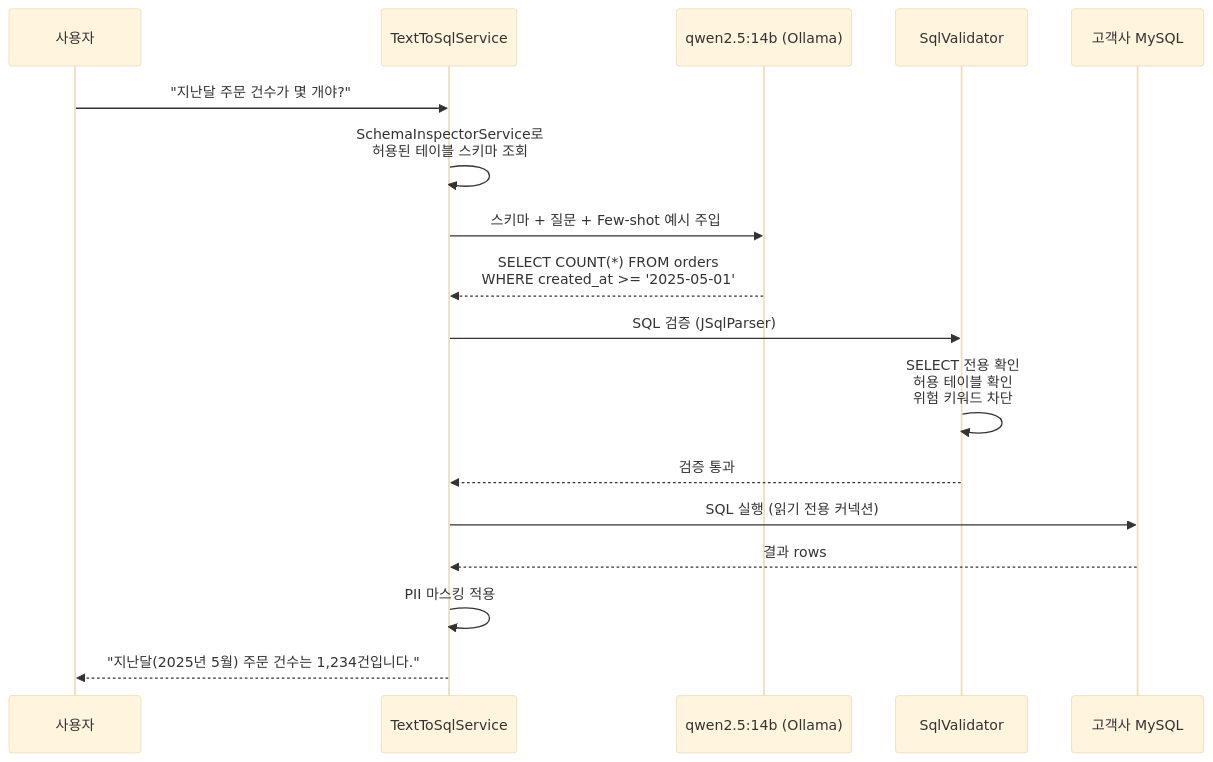
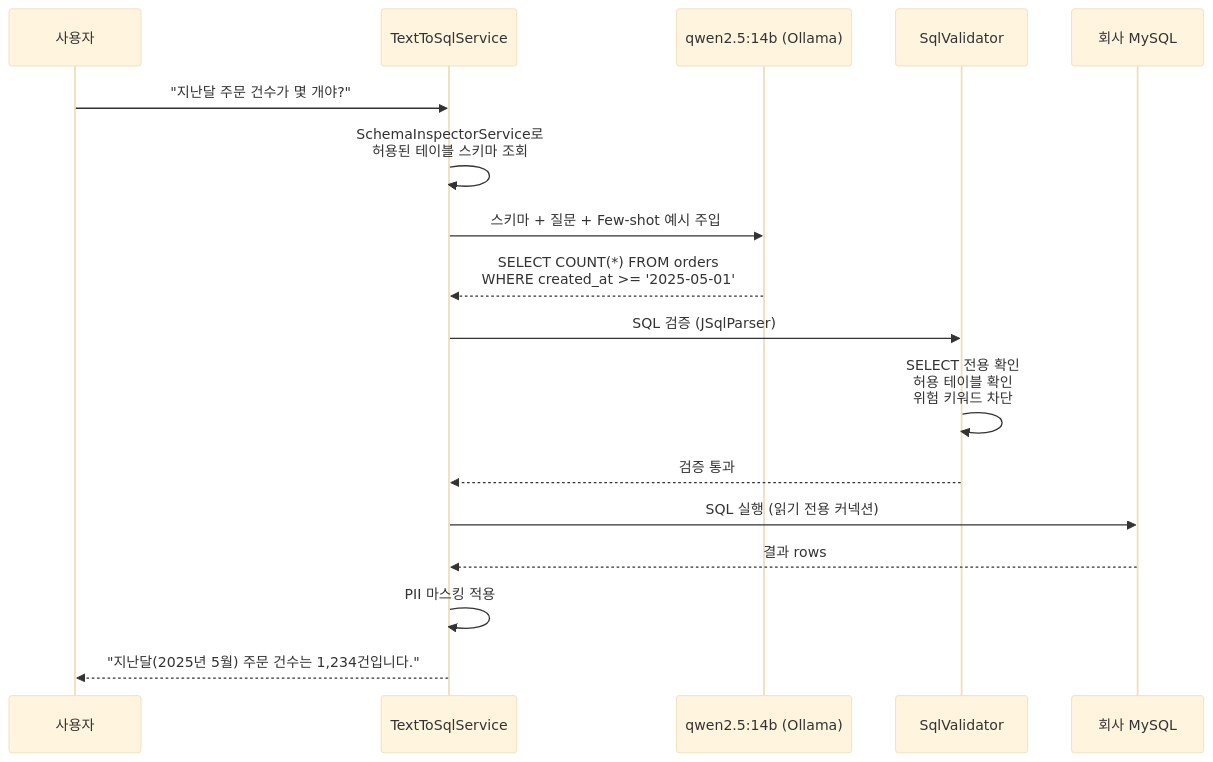
One commit to nittre/ragvault changed the fifth of 9 diagrams in README.md. Above: the diagram before and after it, drawn with Mermaid (base theme). The commit also changed other lines of this file and 32 other files, not shown here.

````diff
--- a/README.md
+++ b/README.md
@@ -260,20 +240,20 @@
 ```mermaid
 sequenceDiagram
     participant U as 사용자
     participant T as TextToSqlService
     participant L as qwen2.5:14b (Ollama)
     participant V as SqlValidator
-    participant DB as 고객사 MySQL
+    participant DB as 회사 MySQL
 
     U->>T: "지난달 주문 건수가 몇 개야?"
     T->>T: SchemaInspectorService로<br/>허용된 테이블 스키마 조회
     T->>L: 스키마 + 질문 + Few-shot 예시 주입
     L-->>T: SELECT COUNT(*) FROM orders<br/>WHERE created_at >= '2025-05-01'
     T->>V: SQL 검증 (JSqlParser)
     V->>V: SELECT 전용 확인<br/>허용 테이블 확인<br/>위험 키워드 차단
     V-->>T: 검증 통과
     T->>DB: SQL 실행 (읽기 전용 커넥션)
     DB-->>T: 결과 rows
     T->>T: PII 마스킹 적용
     T-->>U: "지난달(2025년 5월) 주문 건수는 1,234건입니다."
 ```
````
